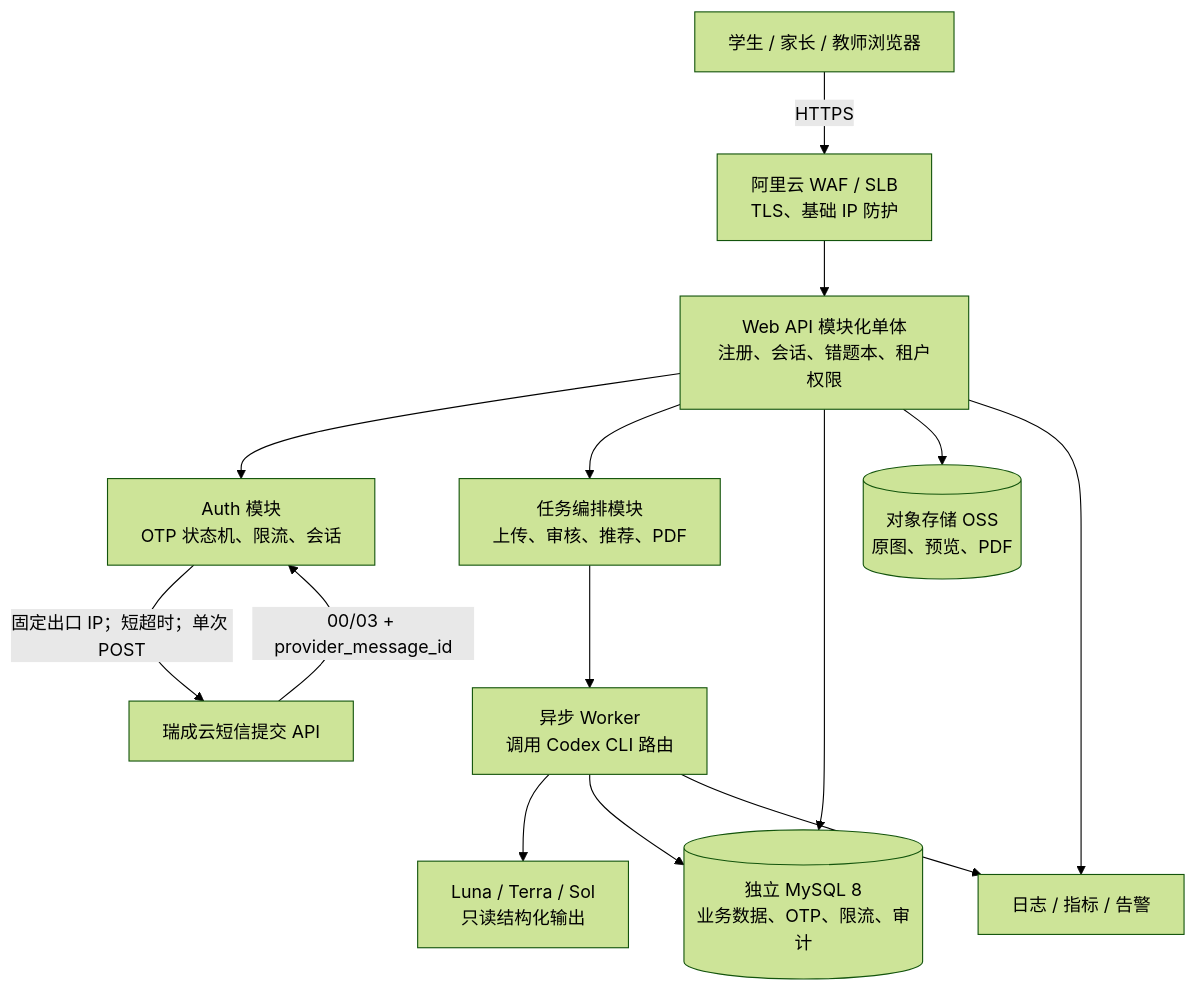
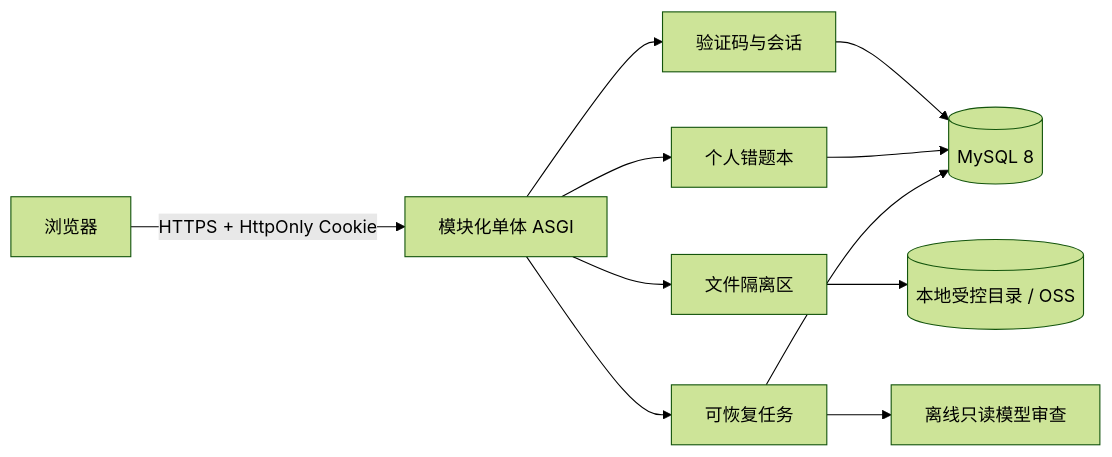
The first of 2 diagrams in docs/03-TECHNICAL-ARCHITECTURE.md (chjesu/math-error-notebook-web), drawn with Mermaid (forest theme) before and after one commit. The commit also changed other lines of this file and 3 other files, not shown here.

Commit message:
docs: freeze v0.3.2 architecture contracts

````diff
--- a/docs/03-TECHNICAL-ARCHITECTURE.md
+++ b/docs/03-TECHNICAL-ARCHITECTURE.md
@@ -13,16 +11,13 @@
 ```mermaid
-flowchart TB
-    U[学生 / 家长 / 教师浏览器] -->|HTTPS| WAF[阿里云 WAF / SLB\nTLS、基础 IP 防护]
-    WAF --> API[Web API 模块化单体\n注册、会话、错题本、租户权限]
-    API --> AUTH[Auth 模块\nOTP 状态机、限流、会话]
-    API --> JOB[任务编排模块\n上传、审核、推荐、PDF]
-    JOB --> WORKER[异步 Worker\n调用 Codex CLI 路由]
-    WORKER --> MODELS[Luna / Terra / Sol\n只读结构化输出]
-    API --> MYSQL[(独立 MySQL 8\n业务数据、OTP、限流、审计)]
-    WORKER --> MYSQL
-    AUTH -->|固定出口 IP；短超时；单次 POST| SMS[瑞成云短信提交 API]
-    SMS -->|00/03 + provider_message_id| AUTH
-    API --> OSS[(对象存储 OSS\n原图、预览、PDF)]
-    API --> OBS[日志 / 指标 / 告警]
-    WORKER --> OBS
+flowchart LR
+    B[浏览器] -->|HTTPS + HttpOnly Cookie| API[模块化单体 ASGI]
+    API --> AUTH[验证码与会话]
+    API --> DOMAIN[个人错题本]
+    API --> FILES[文件隔离区]
+    API --> JOBS[可恢复任务]
+    AUTH --> DB[(MySQL 8)]
+    DOMAIN --> DB
+    JOBS --> DB
+    FILES --> STORE[(本地受控目录 / OSS)]
+    JOBS --> REVIEW[离线只读模型审查]
 ```
````
